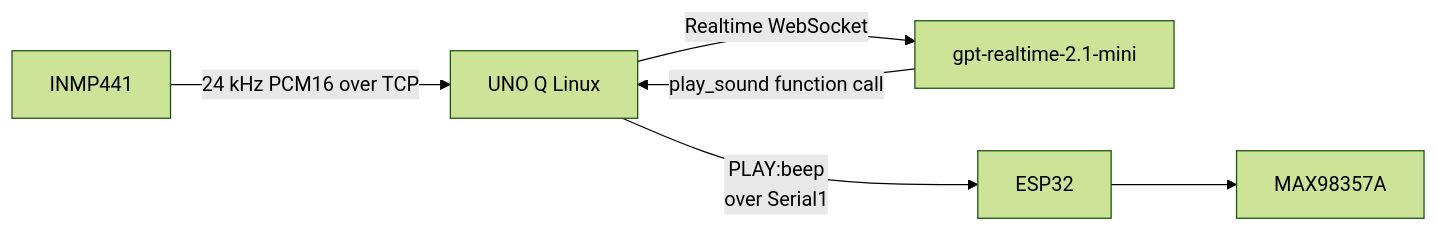
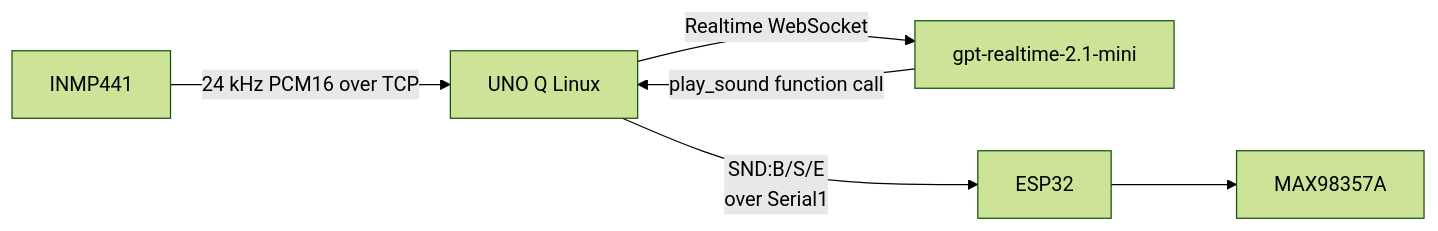
Before and after one commit to BenYogesh/RoboDog: the diagram in docs/speech-test.md, drawn with Mermaid (forest theme). The commit also changed other lines of this file and 7 other files, not shown here.

````diff
--- a/docs/speech-test.md
+++ b/docs/speech-test.md
@@ -5,8 +5,8 @@
 ```mermaid
 flowchart LR
   M[INMP441] -->|24 kHz PCM16 over TCP| Q[UNO Q Linux]
   Q -->|Realtime WebSocket| O[gpt-realtime-2.1-mini]
   O -->|play_sound function call| Q
-  Q -->|PLAY:beep\n over Serial1| E[ESP32]
+  Q -->|SND:B/S/E\n over Serial1| E[ESP32]
   E --> A[MAX98357A]
 ```
````
